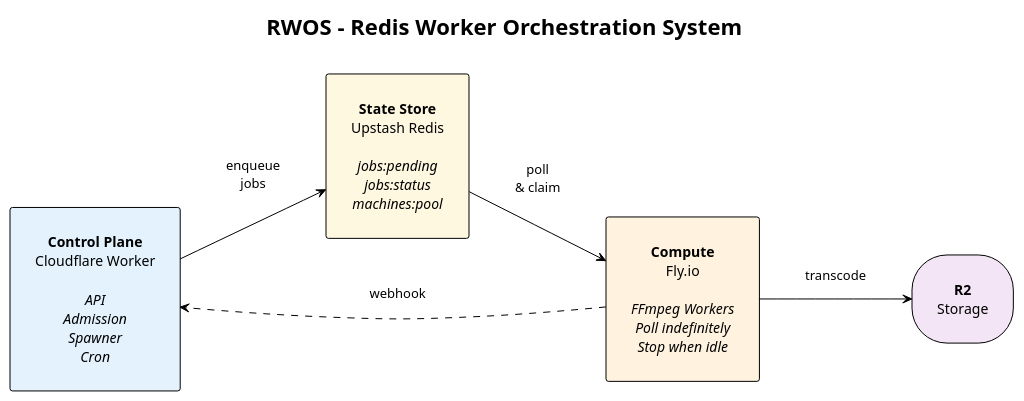
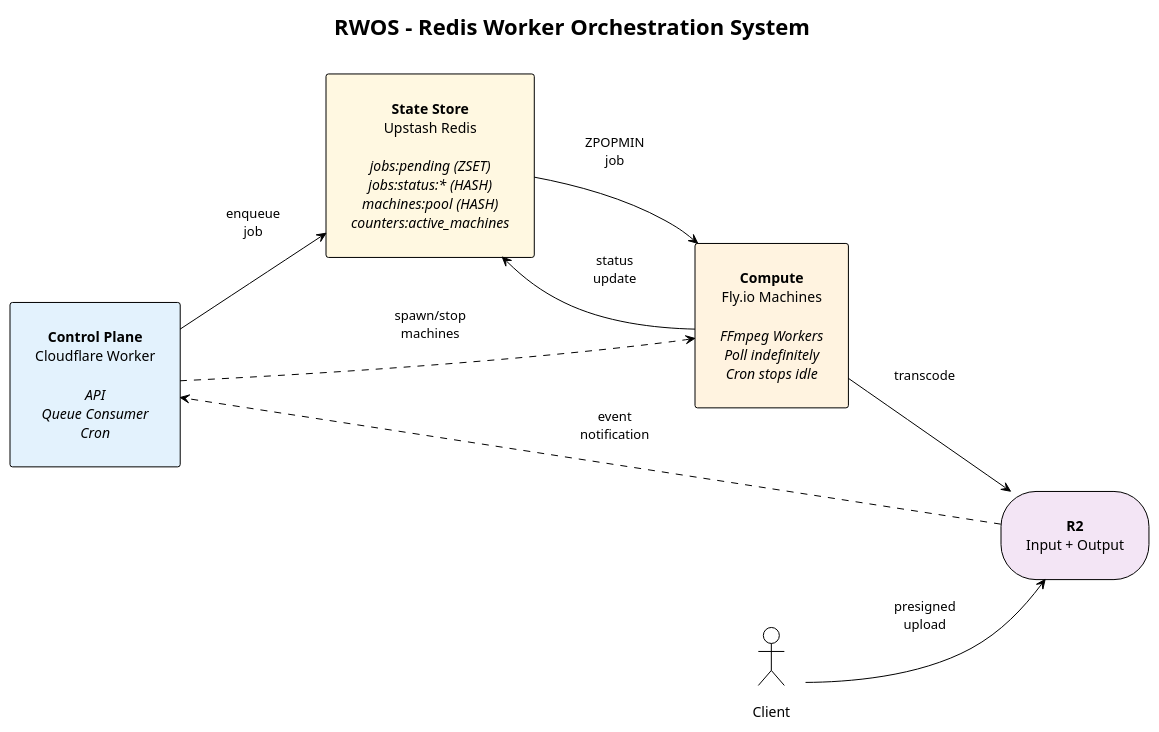
Before and after one commit to v0id-user/tcoder: the diagram in design/architecture/RWOS/Redis Worker Orchestration System.plantuml, drawn with PlantUML. The commit also changed 5 other files, not shown here.

Commit message:
refactor: update Admission Control Flow and Worker Lifecycle diagrams for clarity, renaming components and improving flow representation, while enhancing the reuse logic for stopped machines

```diff
--- a/design/architecture/RWOS/Redis Worker Orchestration System.plantuml
+++ b/design/architecture/RWOS/Redis Worker Orchestration System.plantuml
@@ -1,24 +1,29 @@
 @startuml Redis Worker Orchestration System
 !theme plain
 skinparam defaultTextAlignment center
 skinparam padding 15
 skinparam nodesep 60
 
 title RWOS - Redis Worker Orchestration System
 
 left to right direction
 
-rectangle "**Control Plane**\nCloudflare Worker\n\n//API//\n//Admission//\n//Spawner//\n//Cron//" as CP #e3f2fd
+rectangle "**Control Plane**\nCloudflare Worker\n\n//API//\n//Queue Consumer//\n//Cron//" as CP #e3f2fd
 
-rectangle "**State Store**\nUpstash Redis\n\n//jobs:pending//\n//jobs:status//\n//machines:pool//" as SS #fff8e1
+rectangle "**State Store**\nUpstash Redis\n\n//jobs:pending (ZSET)//\n//jobs:status:* (HASH)//\n//machines:pool (HASH)//\n//counters:active_machines//" as SS #fff8e1
 
-rectangle "**Compute**\nFly.io\n\n//FFmpeg Workers//\n//Poll indefinitely//\n//Stop when idle//" as WP #fff3e0
+rectangle "**Compute**\nFly.io Machines\n\n//FFmpeg Workers//\n//Poll indefinitely//\n//Cron stops idle//" as WP #fff3e0
 
-storage "**R2**\nStorage" as R2 #f3e5f5
+storage "**R2**\nInput + Output" as R2 #f3e5f5
 
-CP --> SS : enqueue\njobs
-SS --> WP : poll\n& claim
+actor Client as C
+
+C --> R2 : presigned\nupload
+R2 ..> CP : event\nnotification
+CP --> SS : enqueue\njob
+SS --> WP : ZPOPMIN\njob
 WP --> R2 : transcode
-WP ..> CP : webhook
+WP --> SS : status\nupdate
+CP ..> WP : spawn/stop\nmachines
 
 @enduml
```
